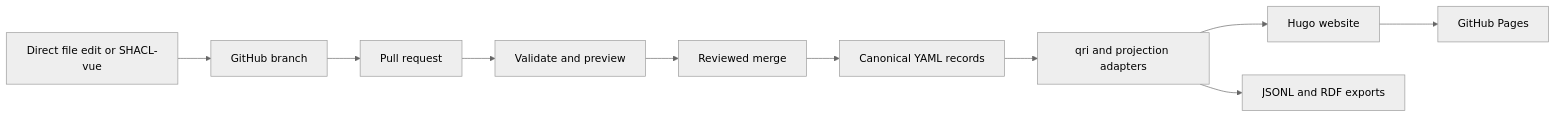
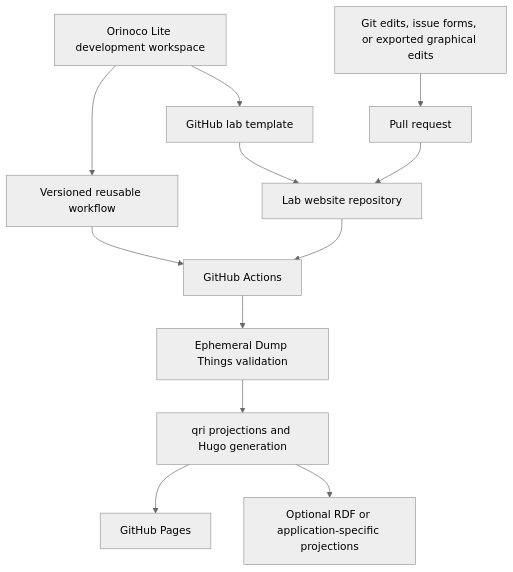
Before and after one commit to ORINOCO-Lite/orinoco-lite-dev: the diagram in docs/orinoco-lite-plan.md, drawn with Mermaid (neutral theme). The commit also changed other lines of this file, not shown here.

Commit message:
refine Orinoco Lite architecture

````diff
--- a/docs/orinoco-lite-plan.md
+++ b/docs/orinoco-lite-plan.md
@@ -42,12 +102,14 @@
 ```mermaid
-flowchart LR
-    E[Direct file edit or SHACL-vue] --> G[GitHub branch]
-    G --> PR[Pull request]
-    PR --> CI[Validate and preview]
-    CI --> M[Reviewed merge]
-    M --> Y[Canonical YAML records]
-    Y --> Q[qri and projection adapters]
-    Q --> H[Hugo website]
-    Q --> X[JSONL and RDF exports]
-    H --> P[GitHub Pages]
+flowchart TD
+    D["Orinoco Lite development workspace"] --> A["Versioned reusable workflow"]
+    D --> T["GitHub lab template"]
+    T --> L["Lab website repository"]
+    E["Git edits, issue forms, or exported graphical edits"] --> PR["Pull request"]
+    PR --> L
+    L --> CI["GitHub Actions"]
+    A --> CI
+    CI --> DT["Ephemeral Dump Things validation"]
+    DT --> Q["qri projections and Hugo generation"]
+    Q --> P["GitHub Pages"]
+    Q --> X["Optional RDF or application-specific projections"]
 ```
````
